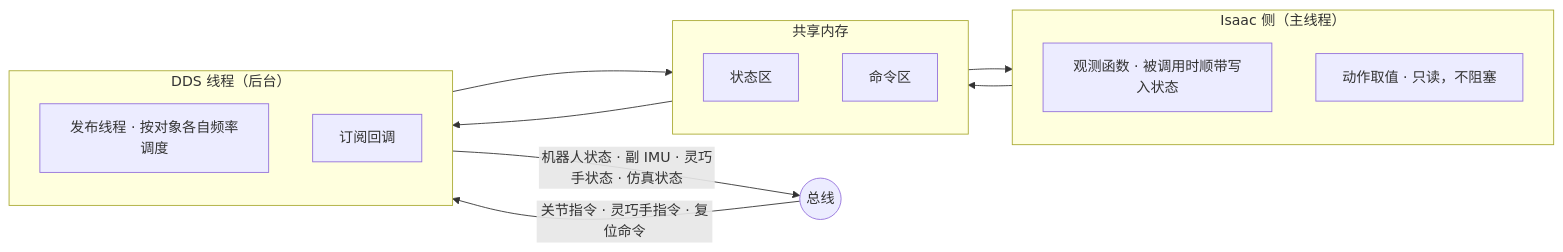
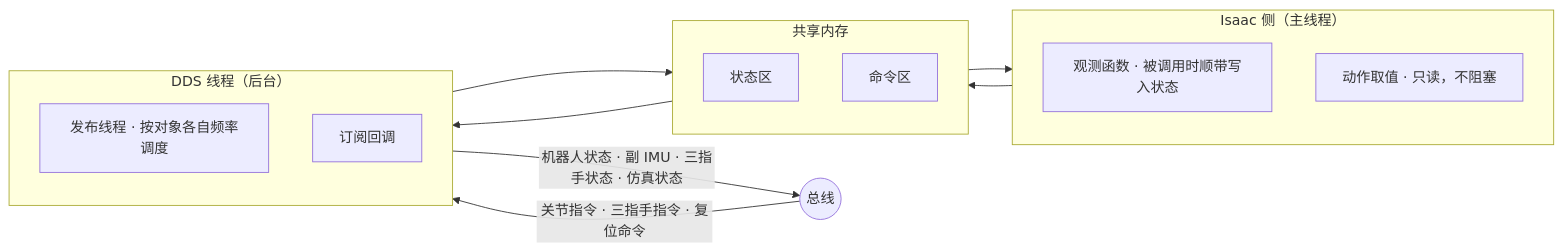
One commit to xiaoyang00001/unitree_sim_isaaclab changed the fourth of 6 diagrams in doc/ar_conveyor_runtime_zh.md. Above: the diagram before and after it, drawn with Mermaid. The commit also changed other lines of this file, not shown here.

````diff
--- a/doc/ar_conveyor_runtime_zh.md
+++ b/doc/ar_conveyor_runtime_zh.md
@@ -153,25 +153,25 @@
 ```mermaid
 flowchart LR
   subgraph ISAAC["Isaac 侧（主线程）"]
     direction TB
     OBS["观测函数 · 被调用时顺带写入状态"]
     GETA["动作取值 · 只读，不阻塞"]
   end
 
   subgraph SHM["共享内存"]
     direction TB
     IN["状态区"]
     OUT["命令区"]
   end
 
   subgraph NETIO["DDS 线程（后台）"]
     direction TB
     PUB["发布线程 · 按对象各自频率调度"]
     SUB["订阅回调"]
   end
 
   OBS --> IN --> PUB
-  PUB -- "机器人状态 · 副 IMU · 灵巧手状态 · 仿真状态" --> WIRE(("总线"))
-  WIRE -- "关节指令 · 灵巧手指令 · 复位命令" --> SUB
+  PUB -- "机器人状态 · 副 IMU · 三指手状态 · 仿真状态" --> WIRE(("总线"))
+  WIRE -- "关节指令 · 三指手指令 · 复位命令" --> SUB
   SUB --> OUT --> GETA
 ```
````
